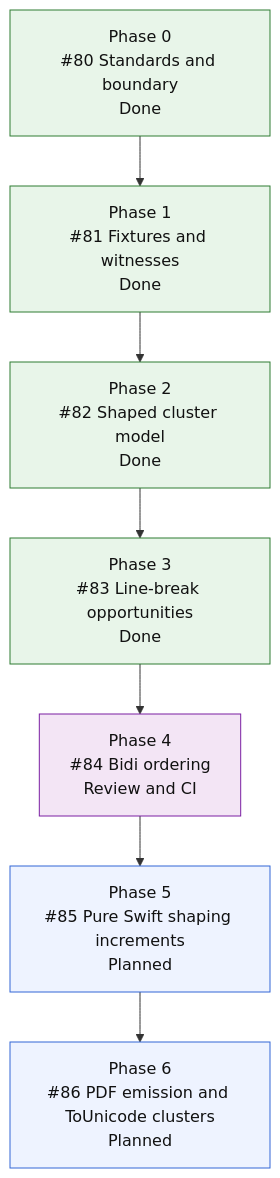
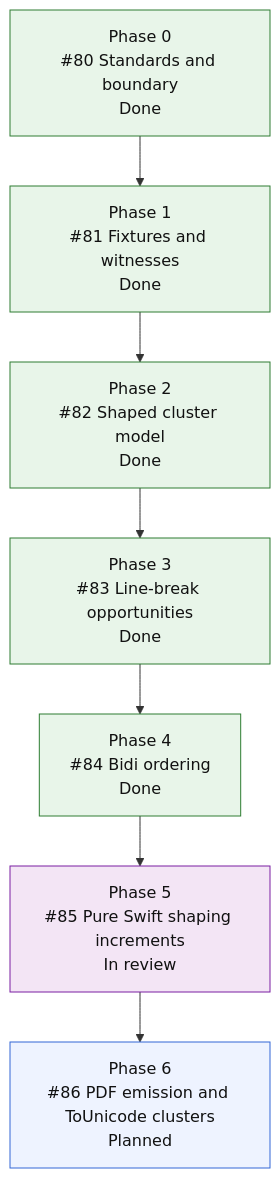
The fourth of 4 diagrams in README.md (mihaelamj/MarkdownPDF), drawn with Mermaid before and after one commit. The commit also changed other lines of this file and 6 other files, not shown here.

````diff
--- a/README.md
+++ b/README.md
@@ -300,21 +301,21 @@
 ```mermaid
 flowchart TD
     S0["Phase 0<br/>#80 Standards and boundary<br/>Done"]
     S1["Phase 1<br/>#81 Fixtures and witnesses<br/>Done"]
     S2["Phase 2<br/>#82 Shaped cluster model<br/>Done"]
     S3["Phase 3<br/>#83 Line-break opportunities<br/>Done"]
-    S4["Phase 4<br/>#84 Bidi ordering<br/>Review and CI"]
-    S5["Phase 5<br/>#85 Pure Swift shaping increments<br/>Planned"]
+    S4["Phase 4<br/>#84 Bidi ordering<br/>Done"]
+    S5["Phase 5<br/>#85 Pure Swift shaping increments<br/>In review"]
     S6["Phase 6<br/>#86 PDF emission and ToUnicode clusters<br/>Planned"]
 
     S0 --> S1 --> S2 --> S3 --> S4 --> S5 --> S6
 
     classDef done fill:#e8f5e9,stroke:#2e7d32,color:#111;
     classDef active fill:#e3f2fd,stroke:#1565c0,color:#111;
     classDef review fill:#f3e5f5,stroke:#7b1fa2,color:#111;
     classDef next fill:#fff8e1,stroke:#f9a825,color:#111;
     classDef todo fill:#eef3ff,stroke:#3367d6,color:#111;
-    class S0,S1,S2,S3 done;
-    class S4 review;
-    class S5,S6 todo;
+    class S0,S1,S2,S3,S4 done;
+    class S5 review;
+    class S6 todo;
 ```
````
